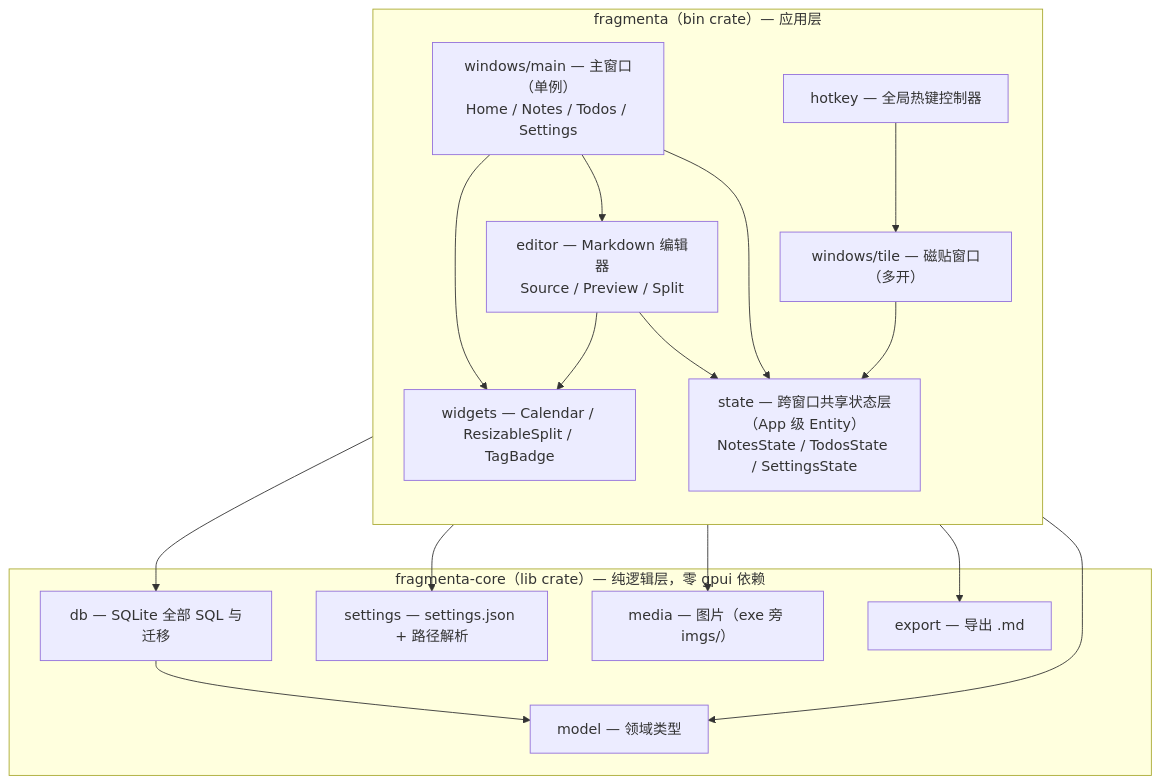
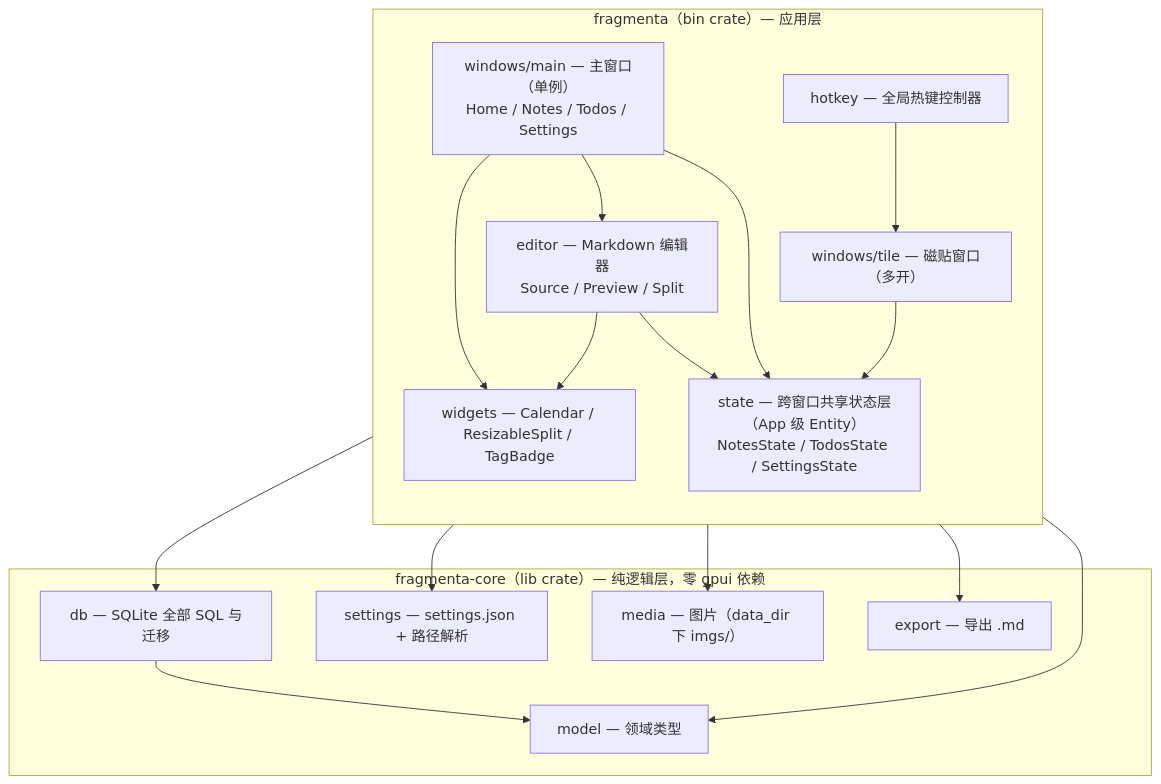
One commit to anewdo/Fragmenta changed the first of 2 diagrams in docs/architecture/architecture.md. Above: the diagram before and after it, drawn with Mermaid. The commit also changed other lines of this file and 5 other files, not shown here.

````diff
--- a/docs/architecture/architecture.md
+++ b/docs/architecture/architecture.md
@@ -37,34 +45,34 @@
 ```mermaid
 flowchart TB
     subgraph app["fragmenta（bin crate）— 应用层"]
         direction TB
         MW["windows/main — 主窗口（单例）<br/>Home / Notes / Todos / Settings"]
         TW["windows/tile — 磁贴窗口（多开）"]
         ED["editor — Markdown 编辑器<br/>Source / Preview / Split"]
         WG["widgets — Calendar / ResizableSplit / TagBadge"]
         HK["hotkey — 全局热键控制器"]
         ST["state — 跨窗口共享状态层（App 级 Entity）<br/>NotesState / TodosState / SettingsState"]
     end
 
     subgraph core["fragmenta-core（lib crate）— 纯逻辑层，零 gpui 依赖"]
         DB["db — SQLite 全部 SQL 与迁移"]
         MDL["model — 领域类型"]
         SET["settings — settings.json + 路径解析"]
-        MED["media — 图片（exe 旁 imgs/）"]
+        MED["media — 图片（data_dir 下 imgs/）"]
         EXP["export — 导出 .md"]
     end
 
     MW --> ST
     TW --> ST
     ED --> ST
     MW --> ED
     ED --> WG
     MW --> WG
     HK --> TW
     ST --> DB
     ST --> SET
     ST --> MDL
     ED --> MED
     MW --> EXP
     DB --> MDL
 ```
````
